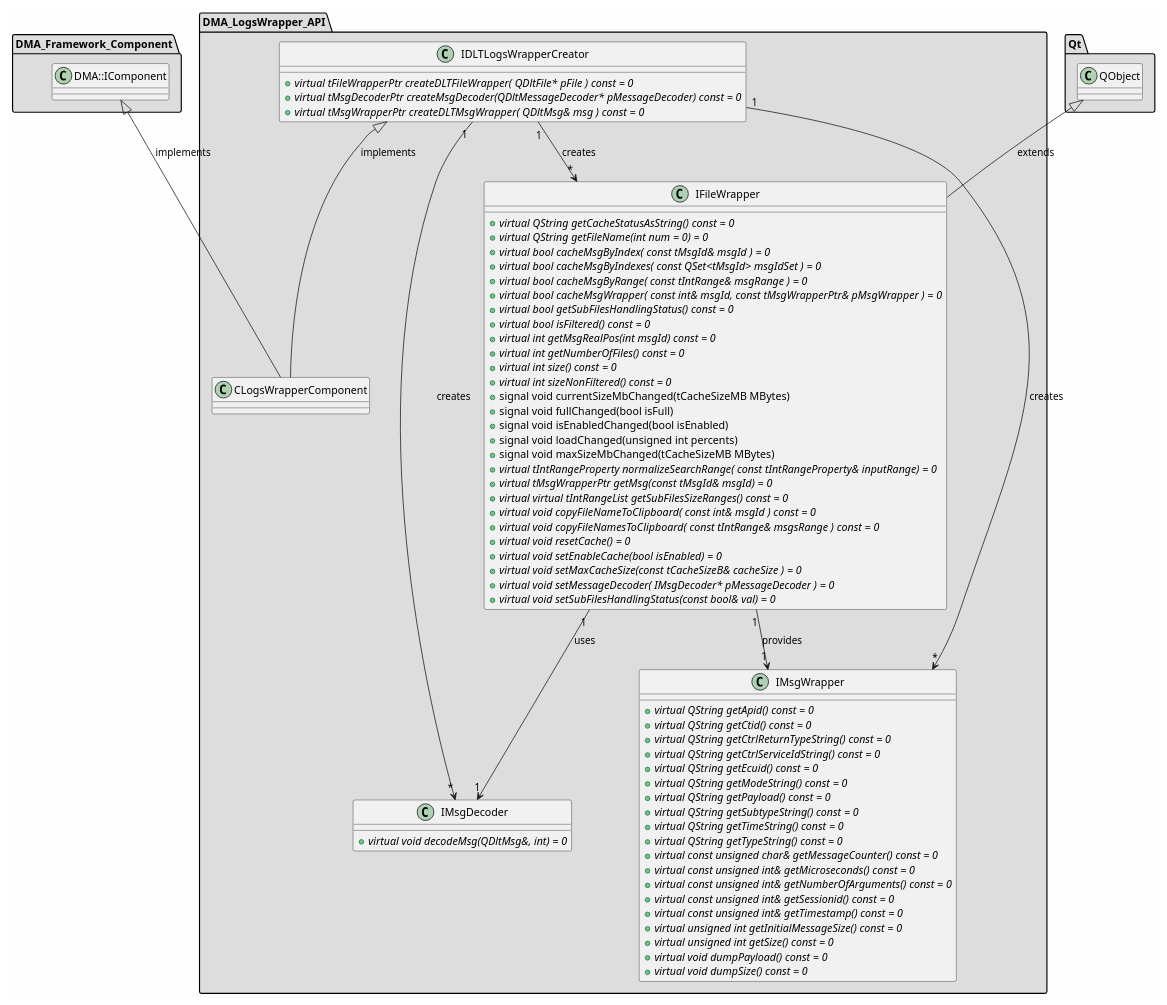
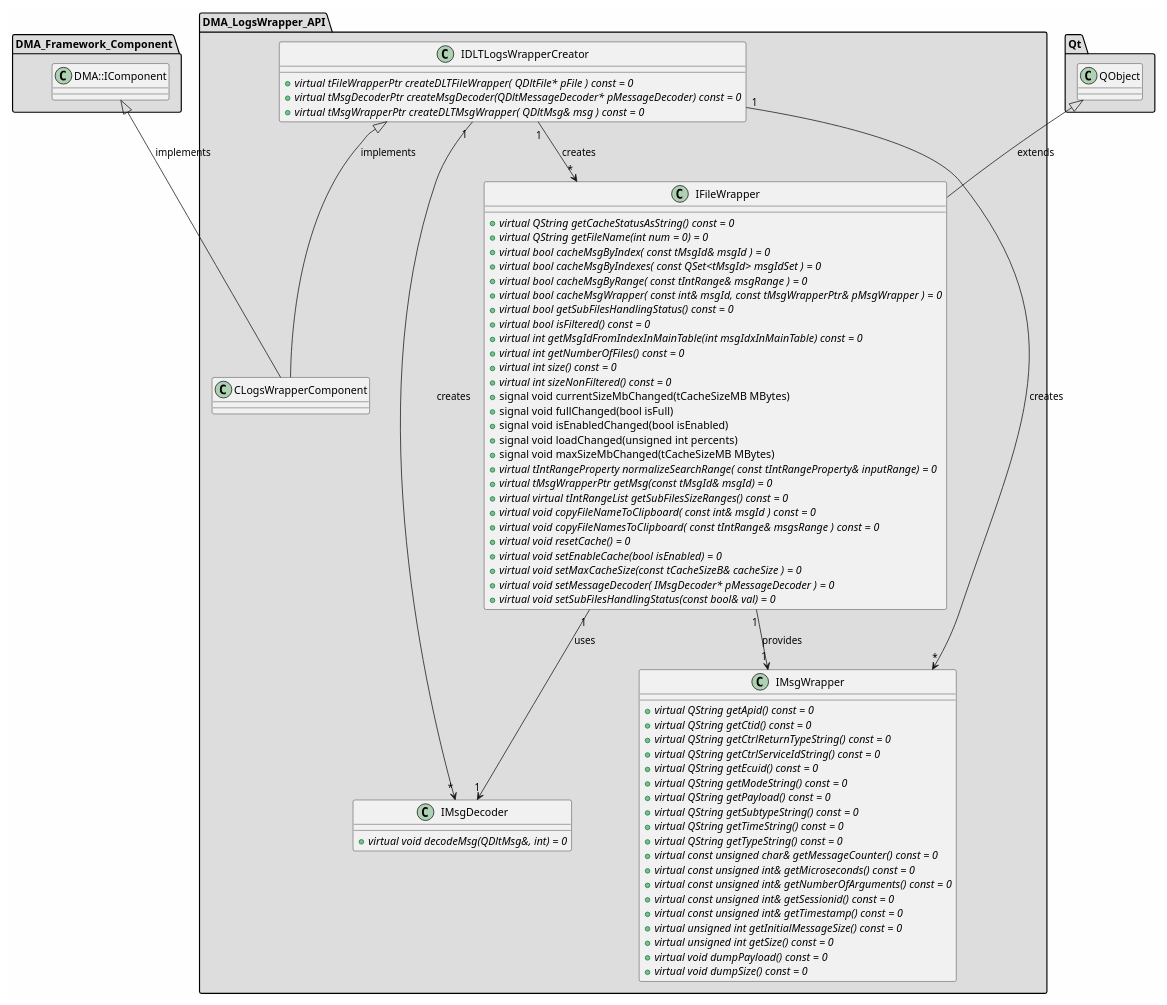
Before and after one commit to svlad-90/DLT-Message-Analyzer: the diagram in md/dev_docs/puml/DMA_LogsWrapper_API_standalone.puml, drawn with PlantUML. The commit also changed 62 other files, not shown here.

```diff
--- a/md/dev_docs/puml/DMA_LogsWrapper_API_standalone.puml
+++ b/md/dev_docs/puml/DMA_LogsWrapper_API_standalone.puml
@@ -2,110 +2,110 @@
 @startuml
 
 skinparam backgroundColor #FEFEFE
 skinparam wrapWidth 600
 package "DMA_Framework_Component" #DDDDDD
 {
 
 class "DMA::IComponent"
 {
 }
 
 }
 
 package "DMA_LogsWrapper_API" #DDDDDD
 {
 
 class "CLogsWrapperComponent"
 {
 }
 
 class "IDLTLogsWrapperCreator"
 {
     + {abstract} virtual tFileWrapperPtr createDLTFileWrapper( QDltFile* pFile ) const = 0
     + {abstract} virtual tMsgDecoderPtr createMsgDecoder(QDltMessageDecoder* pMessageDecoder) const = 0
     + {abstract} virtual tMsgWrapperPtr createDLTMsgWrapper( QDltMsg& msg ) const = 0
 }
 
 class "IFileWrapper"
 {
     + {abstract} virtual QString getCacheStatusAsString() const = 0
     + {abstract} virtual QString getFileName(int num = 0) = 0
     + {abstract} virtual bool cacheMsgByIndex( const tMsgId& msgId ) = 0
     + {abstract} virtual bool cacheMsgByIndexes( const QSet<tMsgId> msgIdSet ) = 0
     + {abstract} virtual bool cacheMsgByRange( const tIntRange& msgRange ) = 0
     + {abstract} virtual bool cacheMsgWrapper( const int& msgId, const tMsgWrapperPtr& pMsgWrapper ) = 0
     + {abstract} virtual bool getSubFilesHandlingStatus() const = 0
     + {abstract} virtual bool isFiltered() const = 0
-    + {abstract} virtual int getMsgRealPos(int msgId) const = 0
+    + {abstract} virtual int getMsgIdFromIndexInMainTable(int msgIdxInMainTable) const = 0
     + {abstract} virtual int getNumberOfFiles() const = 0
     + {abstract} virtual int size() const = 0
     + {abstract} virtual int sizeNonFiltered() const = 0
     + signal void currentSizeMbChanged(tCacheSizeMB MBytes)
     + signal void fullChanged(bool isFull)
     + signal void isEnabledChanged(bool isEnabled)
     + signal void loadChanged(unsigned int percents)
     + signal void maxSizeMbChanged(tCacheSizeMB MBytes)
     + {abstract} virtual tIntRangeProperty normalizeSearchRange( const tIntRangeProperty& inputRange) = 0
     + {abstract} virtual tMsgWrapperPtr getMsg(const tMsgId& msgId) = 0
     + {abstract} virtual virtual tIntRangeList getSubFilesSizeRanges() const = 0
     + {abstract} virtual void copyFileNameToClipboard( const int& msgId ) const = 0
     + {abstract} virtual void copyFileNamesToClipboard( const tIntRange& msgsRange ) const = 0
     + {abstract} virtual void resetCache() = 0
     + {abstract} virtual void setEnableCache(bool isEnabled) = 0
     + {abstract} virtual void setMaxCacheSize(const tCacheSizeB& cacheSize ) = 0
     + {abstract} virtual void setMessageDecoder( IMsgDecoder* pMessageDecoder ) = 0
     + {abstract} virtual void setSubFilesHandlingStatus(const bool& val) = 0
 }
 
 class "IMsgDecoder"
 {
     + {abstract} virtual void decodeMsg(QDltMsg&, int) = 0
 }
 
 class "IMsgWrapper"
 {
     + {abstract} virtual QString getApid() const = 0
     + {abstract} virtual QString getCtid() const = 0
     + {abstract} virtual QString getCtrlReturnTypeString() const = 0
     + {abstract} virtual QString getCtrlServiceIdString() const = 0
     + {abstract} virtual QString getEcuid() const = 0
     + {abstract} virtual QString getModeString() const = 0
     + {abstract} virtual QString getPayload() const = 0
     + {abstract} virtual QString getSubtypeString() const = 0
     + {abstract} virtual QString getTimeString() const = 0
     + {abstract} virtual QString getTypeString() const = 0
     + {abstract} virtual const unsigned char& getMessageCounter() const = 0
     + {abstract} virtual const unsigned int& getMicroseconds() const = 0
     + {abstract} virtual const unsigned int& getNumberOfArguments() const = 0
     + {abstract} virtual const unsigned int& getSessionid() const = 0
     + {abstract} virtual const unsigned int& getTimestamp() const = 0
     + {abstract} virtual unsigned int getInitialMessageSize() const = 0
     + {abstract} virtual unsigned int getSize() const = 0
     + {abstract} virtual void dumpPayload() const = 0
     + {abstract} virtual void dumpSize() const = 0
 }
 
 }
 
 package "Qt" #DDDDDD
 {
 
 class "QObject"
 {
 }
 
 }
 
 '====================Inheritance section====================
 DMA::IComponent <|-- CLogsWrapperComponent : implements
 IDLTLogsWrapperCreator <|-- CLogsWrapperComponent : implements
 QObject <|-- IFileWrapper : extends
 
 '====================Dependencies section====================
 IDLTLogsWrapperCreator "1" --> "*" IFileWrapper : creates
 IDLTLogsWrapperCreator "1" --> "*" IMsgDecoder : creates
 IDLTLogsWrapperCreator "1" --> "*" IMsgWrapper : creates
 IFileWrapper "1" --> "1" IMsgDecoder : uses
 IFileWrapper "1" --> "1" IMsgWrapper : provides
 
 @enduml
```
